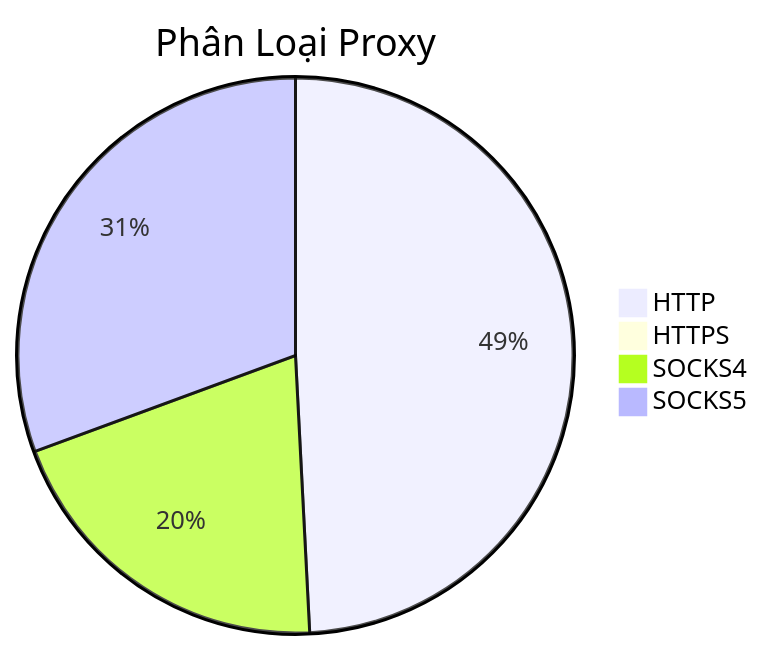
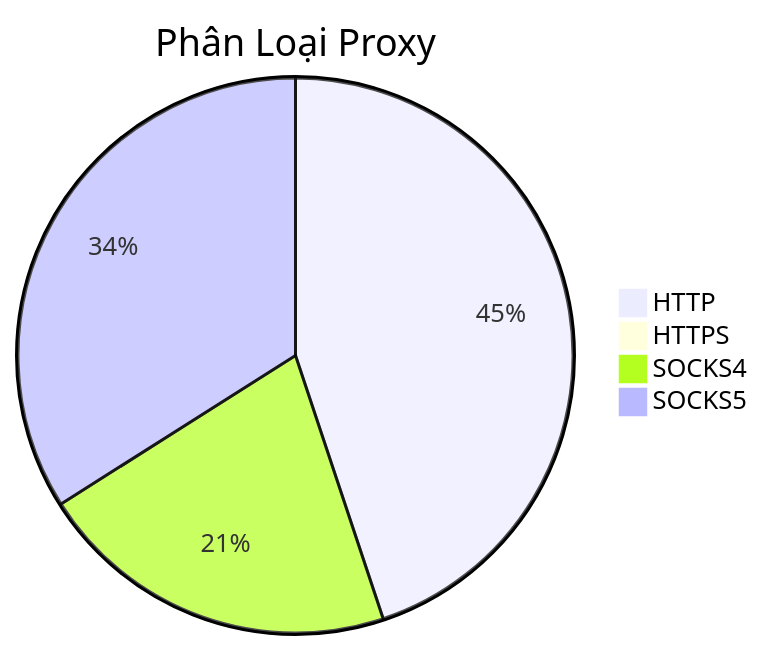
Before and after one commit to Ciara-12/PROXY-free: the diagram in README.md, drawn with Mermaid. The commit also changed other lines of this file and 4 other files, not shown here.

````diff
--- a/README.md
+++ b/README.md
@@ -26,7 +26,7 @@
 ```mermaid
 pie title Phân Loại Proxy
-    "HTTP" : 1025
-    "HTTPS" : 0
-    "SOCKS4" : 421
-    "SOCKS5" : 638
+    "HTTP" : 737
+    "HTTPS" : 2
+    "SOCKS4" : 347
+    "SOCKS5" : 558
 ```
````
